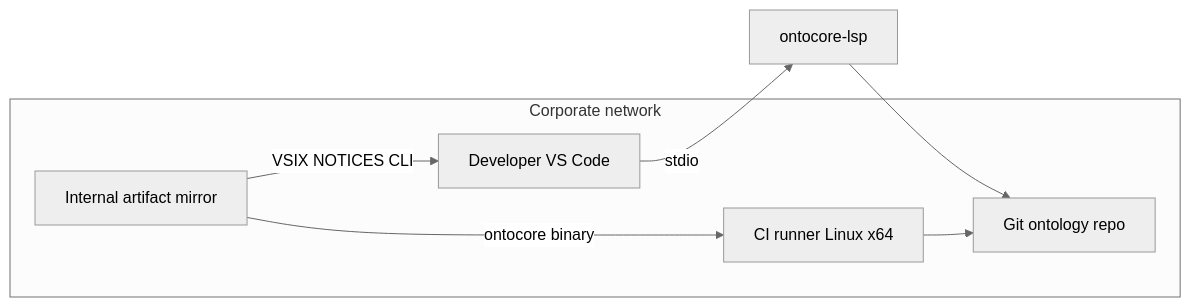
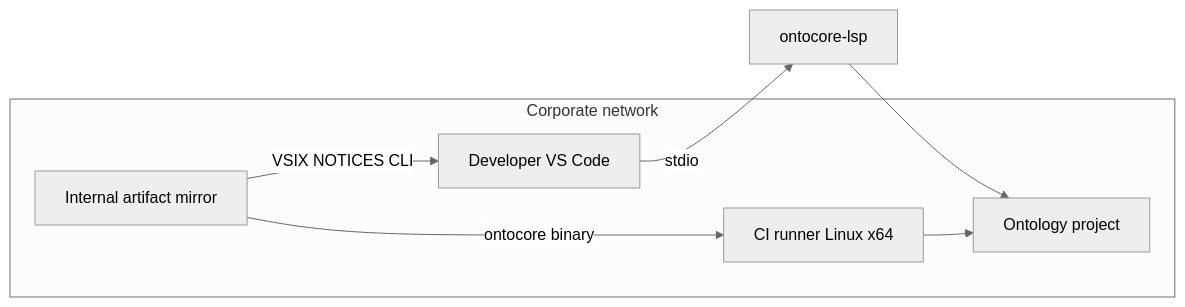
One commit to eddiethedean/ontocode changed the diagram in docs/guides/enterprise-deployment.md. Above: the diagram before and after it, drawn with Mermaid (neutral theme). The commit also changed other lines of this file and 25 other files, not shown here.

````diff
--- a/docs/guides/enterprise-deployment.md
+++ b/docs/guides/enterprise-deployment.md
@@ -140,14 +140,14 @@
 ```mermaid
 flowchart LR
   subgraph corp [Corporate network]
     Artifactory[Internal artifact mirror]
     Dev[Developer VS Code]
     CI[CI runner Linux x64]
-    Git[Git ontology repo]
+    Ontology[Ontology project]
   end
   Artifactory -->|VSIX NOTICES CLI| Dev
   Artifactory -->|ontocore binary| CI
   Dev -->|stdio| LSP[ontocore-lsp]
-  LSP --> Git
-  CI --> Git
+  LSP --> Ontology
+  CI --> Ontology
 ```
````
